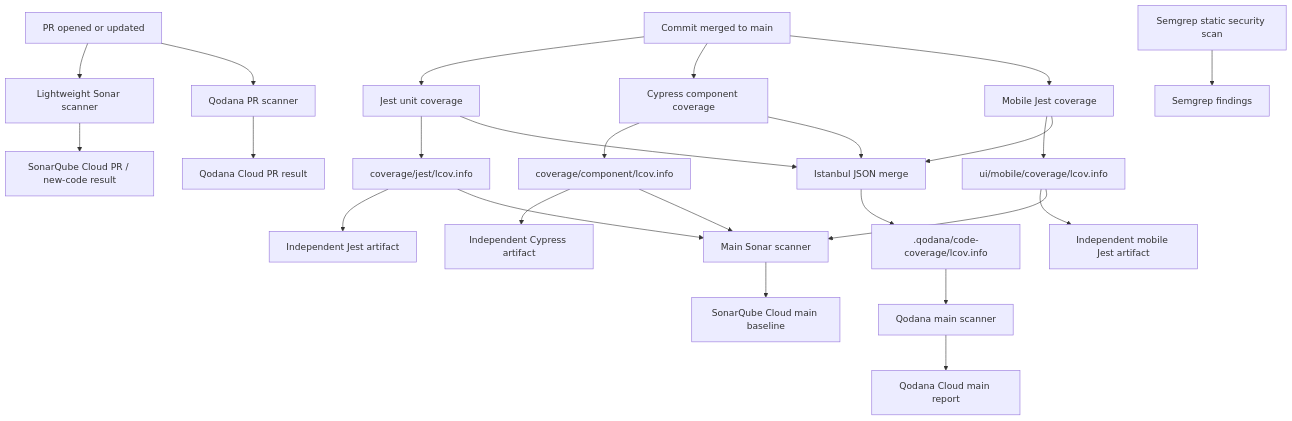
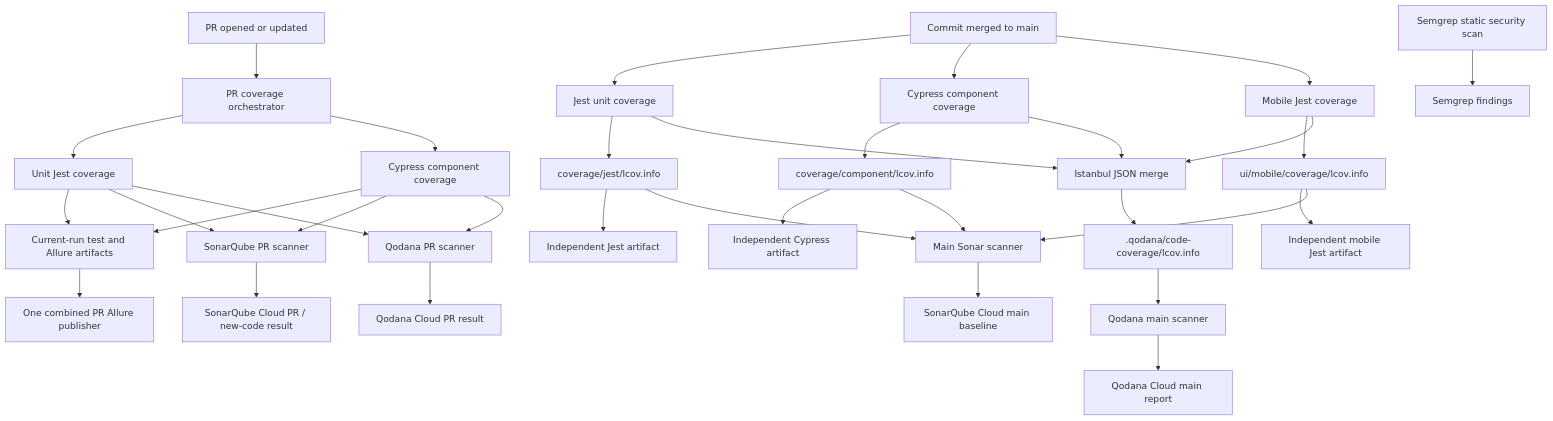
The diagram in docs/ai/design/feature-sonar-test-coverage.md (koreyba/EverFreeNote), drawn with Mermaid before and after one commit. The commit also changed other lines of this file and 7 other files, not shown here.

Commit message:
Publish one combined Allure report for PR coverage

````diff
--- a/docs/ai/design/feature-sonar-test-coverage.md
+++ b/docs/ai/design/feature-sonar-test-coverage.md
@@ -11,30 +11,38 @@
 ```mermaid
 flowchart TD
-  PR["PR opened or updated"] --> PRScan["Lightweight Sonar scanner"]
+  PR["PR opened or updated"] --> PRTests["PR coverage orchestrator"]
+  PRTests --> UnitPR["Unit Jest coverage"]
+  PRTests --> ComponentPR["Cypress component coverage"]
+  UnitPR --> PRArtifacts["Current-run test and Allure artifacts"]
+  ComponentPR --> PRArtifacts
+  PRArtifacts --> AllurePR["One combined PR Allure publisher"]
+  UnitPR --> PRScan["SonarQube PR scanner"]
+  ComponentPR --> PRScan
+  UnitPR --> QodanaPR["Qodana PR scanner"]
+  ComponentPR --> QodanaPR
   PRScan --> PRCloud["SonarQube Cloud PR / new-code result"]
-  PR --> QodanaPR["Qodana PR scanner"]
   QodanaPR --> QodanaPRCloud["Qodana Cloud PR result"]
 
   Main["Commit merged to main"] --> Unit["Jest unit coverage"]
   Main --> Component["Cypress component coverage"]
   Main --> Mobile["Mobile Jest coverage"]
   Unit --> UnitLCOV["coverage/jest/lcov.info"]
   Component --> ComponentLCOV["coverage/component/lcov.info"]
   Mobile --> MobileLCOV["ui/mobile/coverage/lcov.info"]
   UnitLCOV --> UnitArtifact["Independent Jest artifact"]
   ComponentLCOV --> ComponentArtifact["Independent Cypress artifact"]
   MobileLCOV --> MobileArtifact["Independent mobile Jest artifact"]
   UnitLCOV --> MainScan["Main Sonar scanner"]
   ComponentLCOV --> MainScan
   MobileLCOV --> MainScan
   MainScan --> MainCloud["SonarQube Cloud main baseline"]
 
   Unit --> QodanaMerge["Istanbul JSON merge"]
   Component --> QodanaMerge
   Mobile --> QodanaMerge
   QodanaMerge --> QodanaLCOV[".qodana/code-coverage/lcov.info"]
   QodanaLCOV --> QodanaScan["Qodana main scanner"]
   QodanaScan --> QodanaCloud["Qodana Cloud main report"]
 
   Semgrep["Semgrep static security scan"] --> SemgrepCloud["Semgrep findings"]
 ```
````
